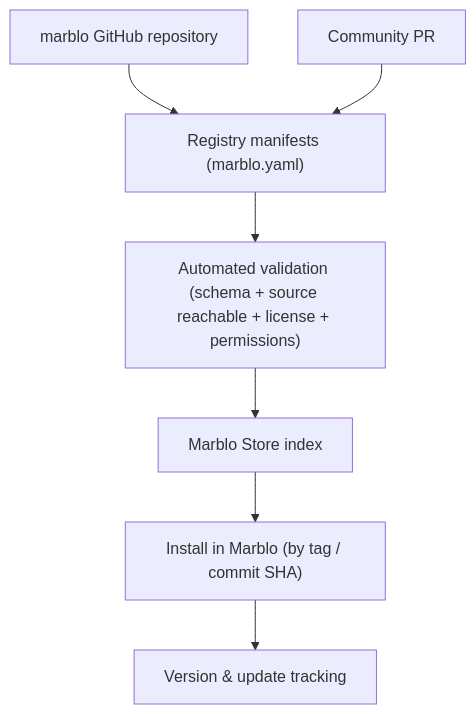
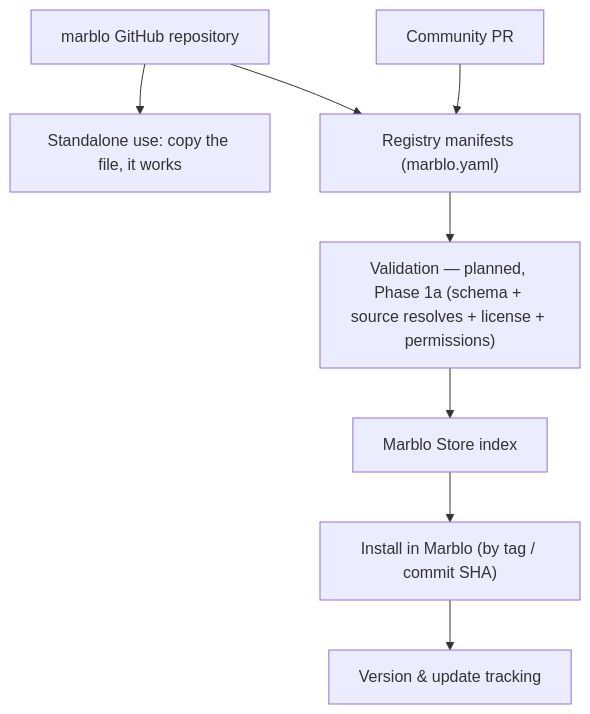
The diagram in ROADMAP.md (marblo-app/marblo), drawn with Mermaid before and after one commit. The commit also changed other lines of this file and 27 other files, not shown here.

````diff
--- a/ROADMAP.md
+++ b/ROADMAP.md
@@ -26,9 +49,10 @@
 ```mermaid
 flowchart TD
-    A["marblo GitHub repository"] --> B["Registry manifests (marblo.yaml)"]
-    B --> C["Automated validation (schema + source reachable + license + permissions)"]
+    A["marblo GitHub repository"] --> A2["Standalone use: copy the file, it works"]
+    A --> B["Registry manifests (marblo.yaml)"]
+    B --> C["Validation — planned, Phase 1a (schema + source resolves + license + permissions)"]
     C --> D["Marblo Store index"]
     D --> E["Install in Marblo (by tag / commit SHA)"]
     E --> F["Version & update tracking"]
     G["Community PR"] --> B
 ```
````
